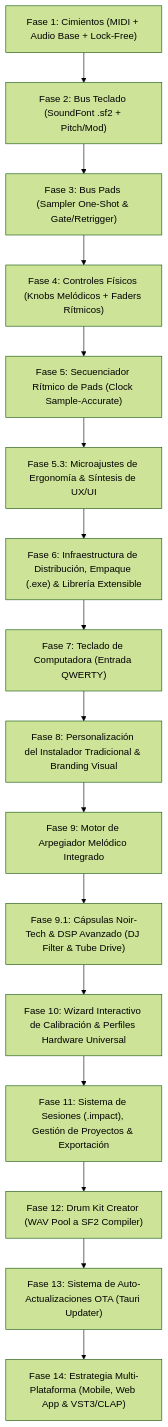
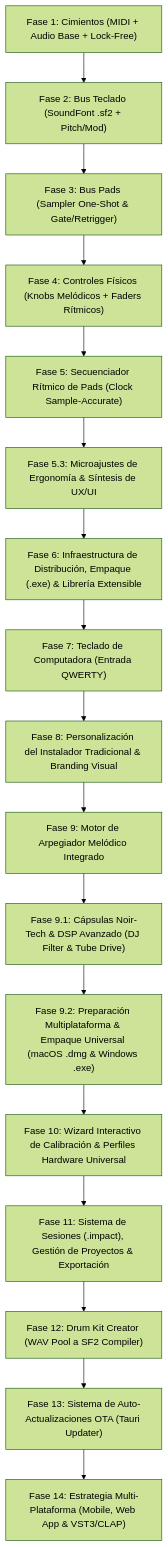
The diagram in PLAN_DE_TRABAJO.md (Vladivostok214/ImpactSamplerStudio), drawn with Mermaid (forest theme) before and after one commit. The commit also changed other lines of this file and 16 other files, not shown here.

````diff
--- a/PLAN_DE_TRABAJO.md
+++ b/PLAN_DE_TRABAJO.md
@@ -22,18 +22,19 @@
 ```mermaid
 flowchart TD
     F1["Fase 1: Cimientos (MIDI + Audio Base + Lock-Free)"] --> F2["Fase 2: Bus Teclado (SoundFont .sf2 + Pitch/Mod)"]
     F2 --> F3["Fase 3: Bus Pads (Sampler One-Shot & Gate/Retrigger)"]
     F3 --> F4["Fase 4: Controles Físicos (Knobs Melódicos + Faders Rítmicos)"]
     F4 --> F5["Fase 5: Secuenciador Rítmico de Pads (Clock Sample-Accurate)"]
     F5 --> F53["Fase 5.3: Microajustes de Ergonomía & Síntesis de UX/UI"]
     F53 --> F6["Fase 6: Infraestructura de Distribución, Empaque (.exe) & Librería Extensible"]
     F6 --> F7["Fase 7: Teclado de Computadora (Entrada QWERTY)"]
     F7 --> F8["Fase 8: Personalización del Instalador Tradicional & Branding Visual"]
     F8 --> F9["Fase 9: Motor de Arpegiador Melódico Integrado"]
     F9 --> F91["Fase 9.1: Cápsulas Noir-Tech & DSP Avanzado (DJ Filter & Tube Drive)"]
-    F91 --> F10["Fase 10: Wizard Interactivo de Calibración & Perfiles Hardware Universal"]
+    F91 --> F92["Fase 9.2: Preparación Multiplataforma & Empaque Universal (macOS .dmg & Windows .exe)"]
+    F92 --> F10["Fase 10: Wizard Interactivo de Calibración & Perfiles Hardware Universal"]
     F10 --> F11["Fase 11: Sistema de Sesiones (.impact), Gestión de Proyectos & Exportación"]
     F11 --> F12["Fase 12: Drum Kit Creator (WAV Pool a SF2 Compiler)"]
     F12 --> F13["Fase 13: Sistema de Auto-Actualizaciones OTA (Tauri Updater)"]
     F13 --> F14["Fase 14: Estrategia Multi-Plataforma (Mobile, Web App & VST3/CLAP)"]
 ```
````
